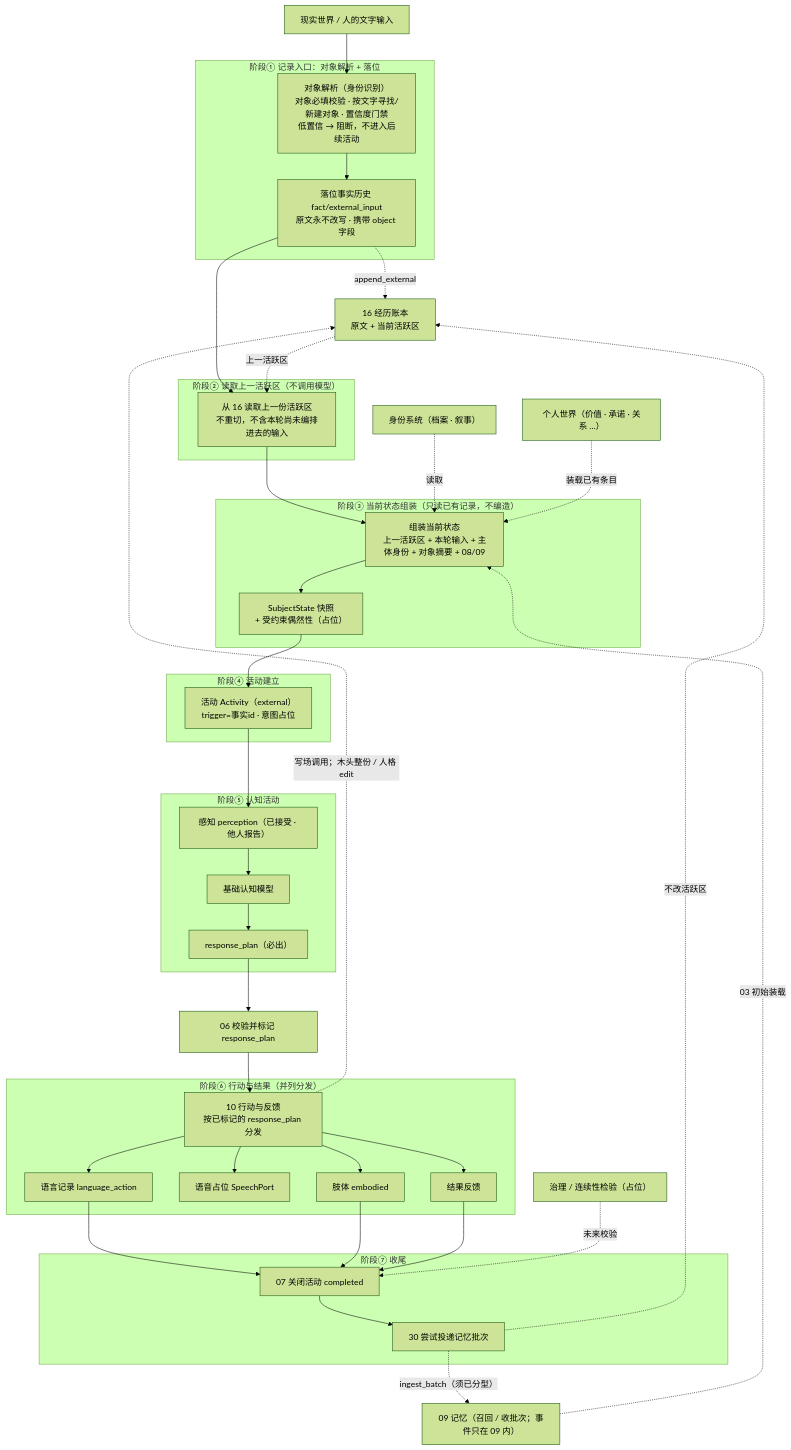
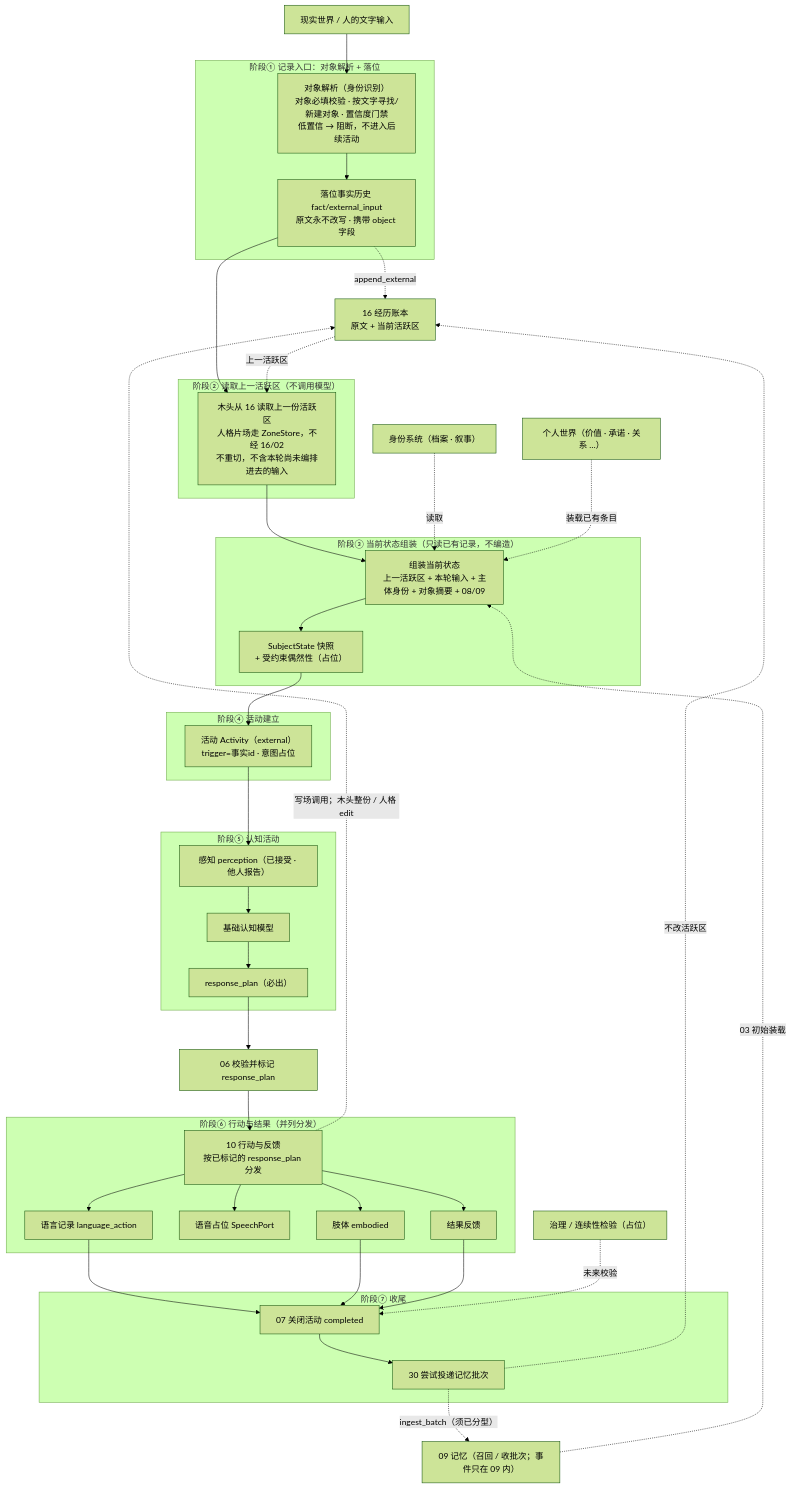
One commit to Llllsuhdjhhd/JShi changed the diagram in doc/design/00-流程总览与输入边界.md. Above: the diagram before and after it, drawn with Mermaid (forest theme). The commit also changed other lines of this file and 4 other files, not shown here.

````diff
--- a/doc/design/00-流程总览与输入边界.md
+++ b/doc/design/00-流程总览与输入边界.md
@@ -17,79 +17,79 @@
 ```mermaid
 flowchart TB
     W["现实世界 / 人的文字输入"] --> P1
 
     subgraph S1["阶段① 记录入口：对象解析 + 落位"]
         P1["对象解析（身份识别）<br/>对象必填校验 · 按文字寻找/新建对象 · 置信度门禁<br/>低置信 → 阻断，不进入后续活动"]
         P2["落位事实历史 fact/external_input<br/>原文永不改写 · 携带 object 字段"]
         P1 --> P2
     end
 
     P2 -. "append_external" .-> LED
     P2 --> P3
 
     subgraph S2["阶段② 读取上一活跃区（不调用模型）"]
-        P3["从 16 读取上一份活跃区<br/>不重切，不含本轮尚未编排进去的输入"]
+        P3["木头从 16 读取上一份活跃区<br/>人格片场走 ZoneStore，不经 16/02<br/>不重切，不含本轮尚未编排进去的输入"]
     end
 
     P3 --> P5
 
     subgraph S3["阶段③ 当前状态组装（只读已有记录，不编造）"]
         P5["组装当前状态<br/>上一活跃区 + 本轮输入 + 主体身份 + 对象摘要 + 08/09"]
         P5 --> P5C["SubjectState 快照<br/>+ 受约束偶然性（占位）"]
     end
 
     P5C --> P6
 
     subgraph S4["阶段④ 活动建立"]
         P6["活动 Activity（external）<br/>trigger=事实id · 意图占位"]
     end
 
     P6 --> P7
 
     subgraph S5["阶段⑤ 认知活动"]
         P7["感知 perception（已接受 · 他人报告）"]
         P8["基础认知模型"]
         P9["response_plan（必出）"]
         P7 --> P8
         P8 --> P9
     end
 
     P9 --> P06["06 校验并标记 response_plan"]
     P06 --> P10
 
     subgraph S6["阶段⑥ 行动与结果（并列分发）"]
         P10["10 行动与反馈<br/>按已标记的 response_plan 分发"]
         L["语言记录 language_action"]
         V["语音占位 SpeechPort"]
         A["肢体 embodied"]
         R["结果反馈"]
         P10 --> L
         P10 --> V
         P10 --> A
         P10 --> R
     end
 
     L --> P11
     A --> P11
     R --> P11
 
     subgraph S7["阶段⑦ 收尾"]
         P11["07 关闭活动 completed"]
         P12["30 尝试投递记忆批次"]
         P11 --> P12
     end
 
     ID["身份系统（档案 · 叙事）"]
     PW["个人世界（价值 · 承诺 · 关系 …）"]
     LED["16 经历账本<br/>原文 + 当前活跃区"]
     MEM["09 记忆（召回 / 收批次；事件只在 09 内）"]
     ID -. "读取" .-> P5
     PW -. "装载已有条目" .-> P5
     LED -. "上一活跃区" .-> P3
     MEM -. "03 初始装载" .-> P5
     P12 -. "ingest_batch（须已分型）" .-> MEM
     P12 -. "不改活跃区" .-> LED
     P10 -. "写场调用；木头整份 / 人格 edit" .-> LED
 
     G1["治理 / 连续性检验（占位）"] -. "未来校验" .-> P11
 ```
````
